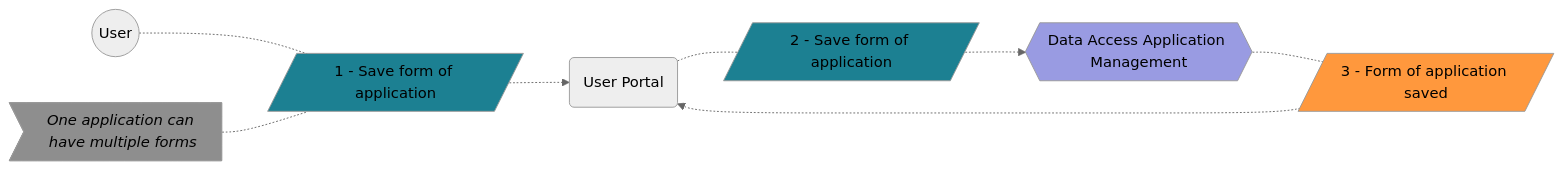
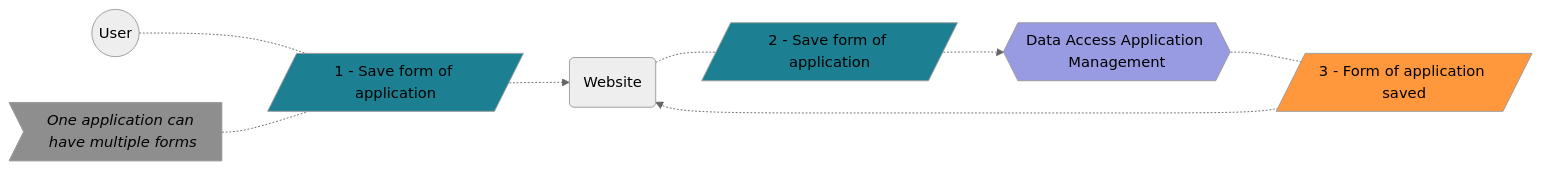
Diagram 11 of 15 in content/docs/data-access-application-management/use-cases/_index.md (GenomicDataInfrastructure/gdi-userportal-docs), drawn with Mermaid (neutral theme) before and after one commit. The commit also changed other lines of this file, not shown here.

````diff
--- a/content/docs/data-access-application-management/use-cases/_index.md
+++ b/content/docs/data-access-application-management/use-cases/_index.md
@@ -418,42 +418,42 @@
 ```mermaid
 flowchart LR
     user(("`
         User
     `"))
     
-    user_portal("`
-        User Portal
+    website("`
+        Website
     `")
     
     daam{{"`
         Data Access Application Management
     `"}}
     style daam fill:#999be2
     
     save_form_changes_1[/"`
         1 - Save form of application
     `"/]
     save_form_changes_2[/"`
         2 - Save form of application
     `"/]
     style save_form_changes_1 fill:#1C8092
     style save_form_changes_2 fill:#1C8092
 
     save_form_changes_note>"`
         *One application can have multiple forms*
     `"]
     style save_form_changes_note fill:#8e8e8e
 
     form_saved[/"`
         3 - Form of application saved
     `"/]
     style form_saved fill:#FF983D
 
     user -.- save_form_changes_1
     save_form_changes_note -.- save_form_changes_1
-    save_form_changes_1 -.-> user_portal
-    user_portal -.- save_form_changes_2
+    save_form_changes_1 -.-> website
+    website -.- save_form_changes_2
     save_form_changes_2 -.-> daam
     daam -.- form_saved
-    form_saved -.-> user_portal
+    form_saved -.-> website
 ```
````
